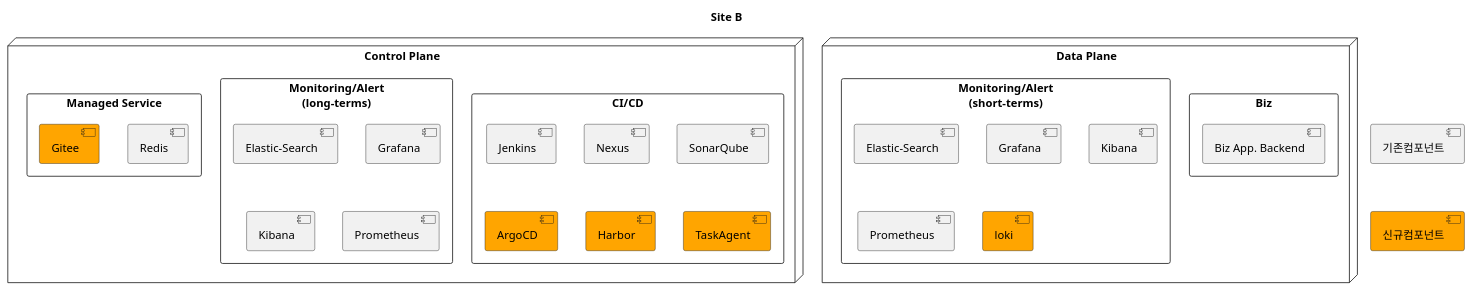
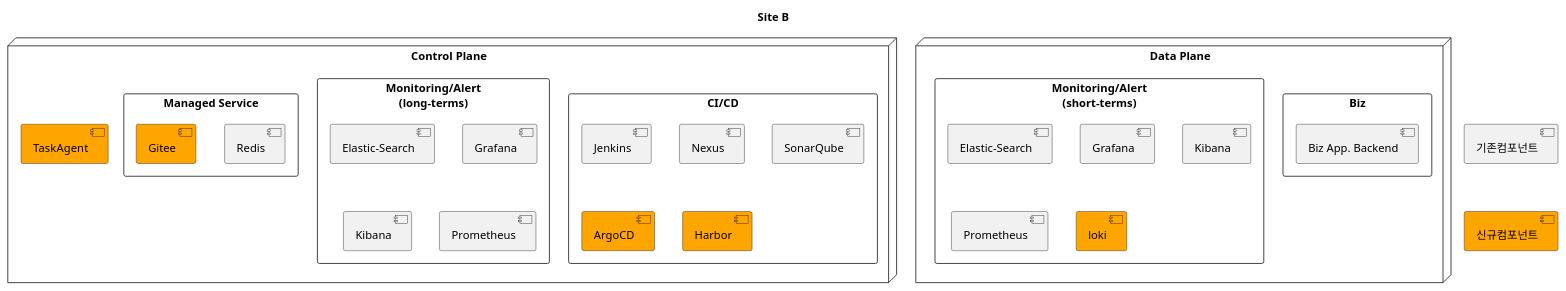
One commit to kloudbank/htdp1.github.io changed the second of 5 diagrams in docs/src/multi-cloud/diagram.md. Above: the diagram before and after it, drawn with PlantUML. The commit also changed other lines of this file, not shown here.

Commit message:
add multicloud

```diff
--- a/docs/src/multi-cloud/diagram.md
+++ b/docs/src/multi-cloud/diagram.md
@@ -35,42 +35,42 @@
 @startuml
 
 title "Site B"
 
 [기존컴포넌트] as old
 [신규컴포넌트] as new #orange
 old -[hidden]d-> new
 
 node "Control Plane" as bcp {
     rectangle "CI/CD" as bcp_cicd {
         [Jenkins] as bcp_cicd_jenkins
         [Nexus] as bcp_cicd_nexus
         [SonarQube] as bcp_cicd_sonarqube
         [ArgoCD] as bcp_cicd_argocd #orange
         [Harbor] as bcp_cicd_harbor #orange
-        [TaskAgent] as bcp_cicd_taskagent #orange
     }
     rectangle "Monitoring/Alert\n(long-terms)" as bcp_mon {
         [Elastic-Search] as bcp_mon_elk
         [Grafana] as bcp_mon_grafana
         [Kibana] as bcp_mon_kibana
         [Prometheus] as bcp_mon_prometheus
     }
     rectangle "Managed Service" as bcp_mananged {
         [Redis] as bcp_mananged_redis
         [Gitee] as bcp_mananged_gitee #orange
     }
+    [TaskAgent] as bcp_cicd_taskagent #orange
 }
 
 node "Data Plane" as dcp {
     rectangle "Biz" as bdp_bz {
         [Biz App. Backend] as bdp_bz_app
     }
     rectangle "Monitoring/Alert\n(short-terms)" as bdp_mon {
         [Elastic-Search] as bdp_mon_elk
         [Grafana] as bdp_mon_grafana
         [Kibana] as bdp_mon_kibana
         [Prometheus] as bdp_mon_prometheus
         [loki] as dbp_mon_loki #orange
     }
 }
 @enduml
```
